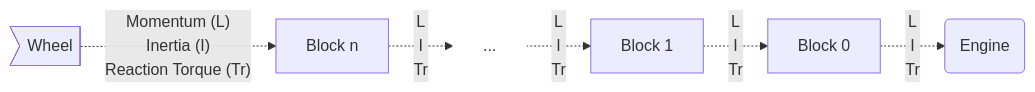
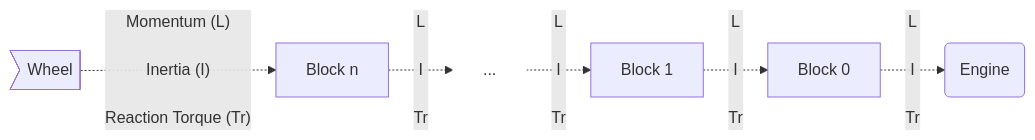
The third of 4 diagrams in docs/advanced/block-reference.md (EdyJ/vehicle-physics-docs), drawn with Mermaid before and after one commit.

Commit message:
Improved readability of the ComputeStateUpstream diagram

```diff
--- a/docs/advanced/block-reference.md
+++ b/docs/advanced/block-reference.md
@@ -102,18 +102,18 @@
 <div class="mermaid">
 graph LR
 E(Engine)
 B0[Block 0]
 B1[Block 1]
 BN[Block n]
 DOTS["..."]
 W>Wheel]
 
-W-."Momentum (L)<br>Inertia (I)<br>Reaction Torque (Tr)".->BN
-BN-."L<br>I<br>Tr".->DOTS
-DOTS-."L<br>I<br>Tr".->B1
-B1-."L<br>I<br>Tr".->B0
-B0-."L<br>I<br>Tr".->E
+W-."Momentum (L)<br><br>Inertia (I)<br><br>Reaction Torque (Tr)".->BN
+BN-."L<br><br>I<br><br>Tr".->DOTS
+DOTS-."L<br><br>I<br><br>Tr".->B1
+B1-."L<br><br>I<br><br>Tr".->B0
+B0-."L<br><br>I<br><br>Tr".->E
 
 classDef NoBox fill:#FFF,stroke:#FFF
 class DOTS NoBox
 </div>
```
